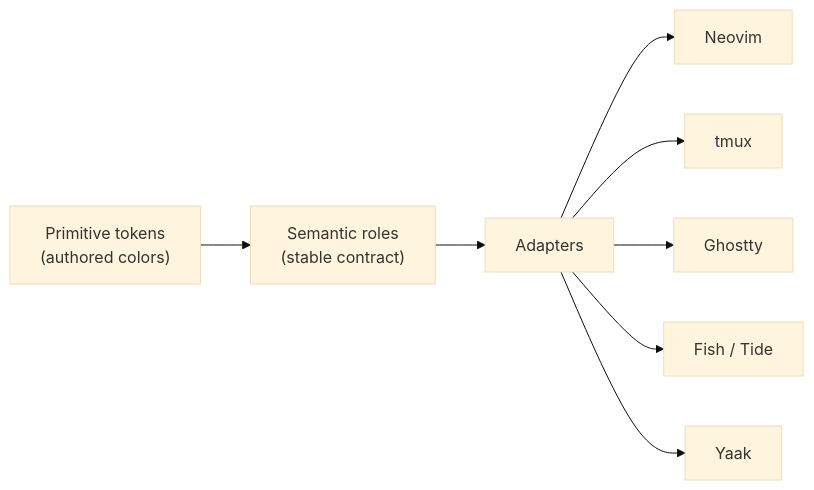
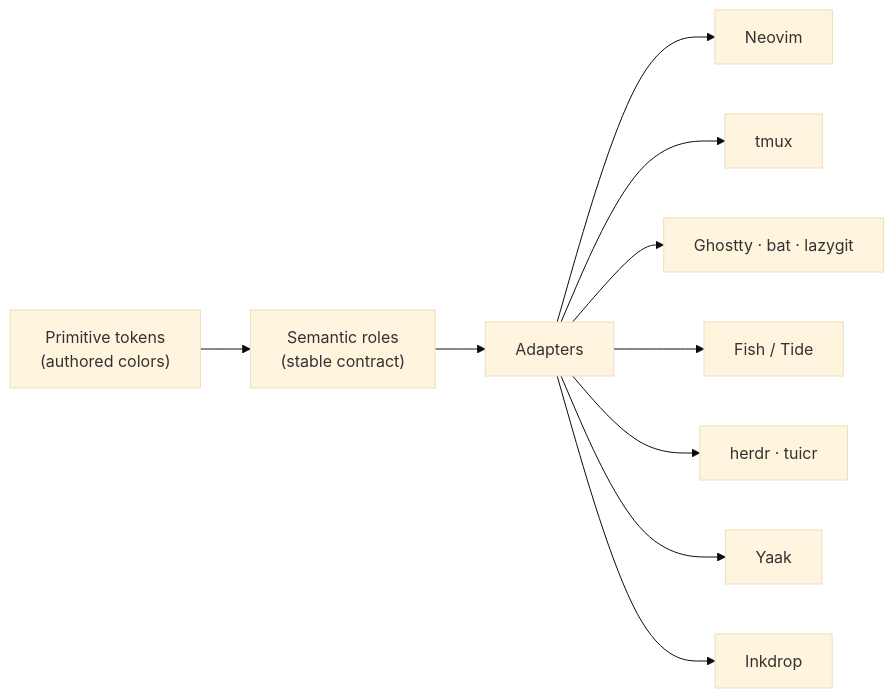
Before and after one commit to crafts69guy/hue-theme: the diagram in README.md, drawn with Mermaid (base theme). The commit also changed other lines of this file and 3 other files, not shown here.

````diff
--- a/README.md
+++ b/README.md
@@ -49,10 +51,12 @@
 ```mermaid
 flowchart LR
     P["Primitive tokens<br/>(authored colors)"] --> S["Semantic roles<br/>(stable contract)"]
     S --> A["Adapters"]
     A --> N["Neovim"]
     A --> T["tmux"]
-    A --> G["Ghostty"]
+    A --> G["Ghostty · bat · lazygit"]
     A --> F["Fish / Tide"]
+    A --> H["herdr · tuicr"]
     A --> Y["Yaak"]
+    A --> I["Inkdrop"]
 ```
````
